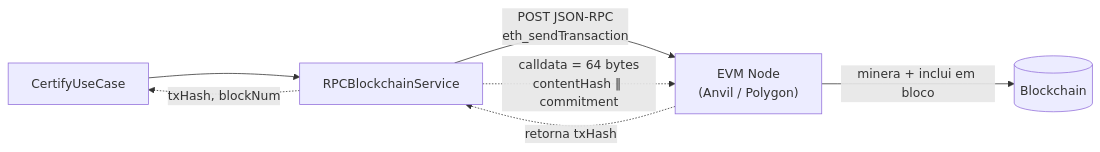
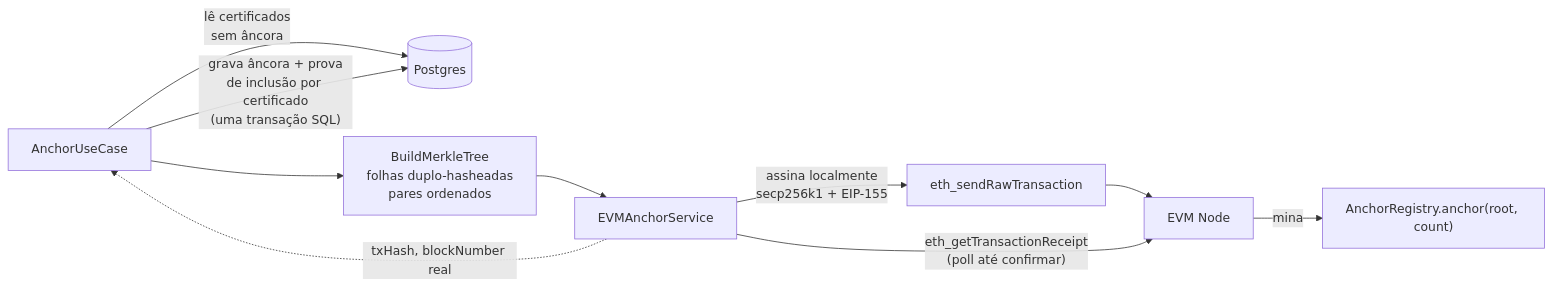
Before and after one commit to waizbart/aletheia-api: the fourth of 5 diagrams in docs/ARCHITECTURE.md, drawn with Mermaid. The commit also changed other lines of this file and 93 other files, not shown here.

````diff
--- a/docs/ARCHITECTURE.md
+++ b/docs/ARCHITECTURE.md
@@ -135,10 +185,12 @@
 ```mermaid
 flowchart LR
-    UC["CertifyUseCase"] --> SVC["RPCBlockchainService"]
-    SVC -- "POST JSON-RPC<br/>eth_sendTransaction" --> NODE["EVM Node<br/>(Anvil / Polygon)"]
-    NODE -- "minera + inclui em bloco" --> CHAIN[("Blockchain")]
-    NODE -. "retorna txHash" .-> SVC
-    SVC -. "txHash, blockNum" .-> UC
-
-    SVC -. "calldata = 64 bytes<br/>contentHash ‖ commitment" .-> NODE
+    UC["AnchorUseCase"] -- "lê certificados<br/>sem âncora" --> DB[("Postgres")]
+    UC --> TREE["BuildMerkleTree<br/>folhas duplo-hasheadas<br/>pares ordenados"]
+    TREE --> SVC["EVMAnchorService"]
+    SVC -- "assina localmente<br/>secp256k1 + EIP-155" --> RAW["eth_sendRawTransaction"]
+    RAW --> NODE["EVM Node"]
+    NODE -- "mina" --> SC["AnchorRegistry.anchor(root, count)"]
+    SVC -- "eth_getTransactionReceipt<br/>(poll até confirmar)" --> NODE
+    SVC -. "txHash, blockNumber real" .-> UC
+    UC -- "grava âncora + prova<br/>de inclusão por certificado<br/>(uma transação SQL)" --> DB
 ```
````
